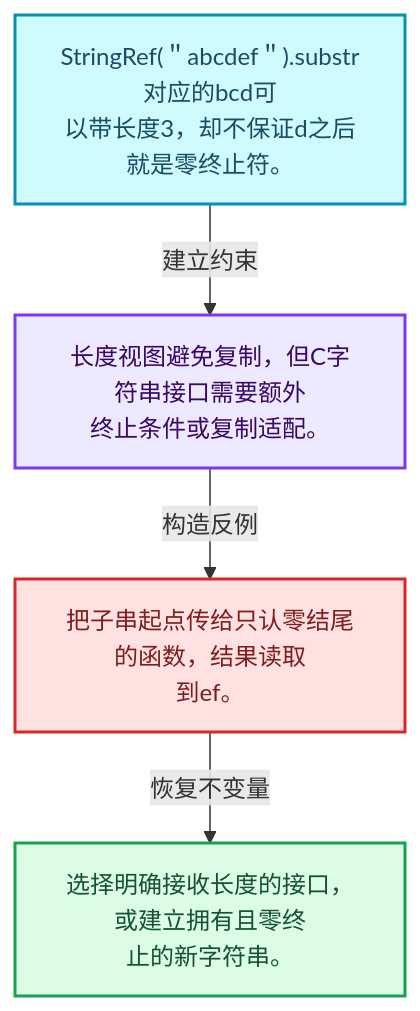
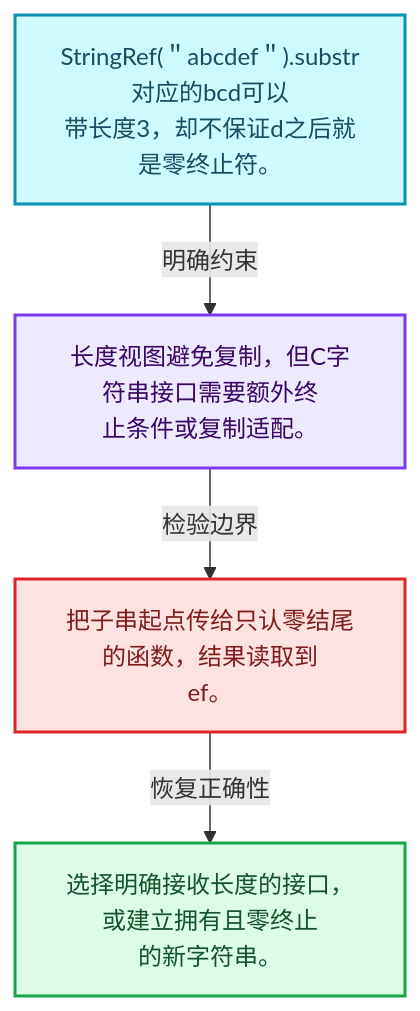
The first of 4 diagrams in 杂/markdown/全面学习-codex/01-基础容器与现代CPP/15-StringRef字符串视图.md (yunkezengren/blender-.vscode), drawn with Mermaid before and after one commit. The commit also changed other lines of this file and 1930 other files, not shown here.

````diff
--- a/杂/markdown/全面学习-codex/01-基础容器与现代CPP/15-StringRef字符串视图.md
+++ b/杂/markdown/全面学习-codex/01-基础容器与现代CPP/15-StringRef字符串视图.md
@@ -29,16 +29,16 @@
 ```mermaid
 flowchart TB
-  M["StringRef(＂abcdef＂).substr对应的bcd可<br/>以带长度3，却不保证d之后就是零终止符。"]:::data
-  T["长度视图避免复制，但C字符串接口需要额外<br/>终止条件或复制适配。"]:::abstraction
-  X["把子串起点传给只认零结尾的函数，结果读取<br/>到ef。"]:::error
-  A["选择明确接收长度的接口，或建立拥有且零终<br/>止的新字符串。"]:::result
-  M -->|"建立约束"| T
-  T -->|"构造反例"| X
-  X -->|"恢复不变量"| A
+  M["StringRef(＂abcdef＂).substr对应的bcd可以<br/>带长度3，却不保证d之后就是零终止符。"]:::data
+  C["长度视图避免复制，但C字符串接口需要额外终<br/>止条件或复制适配。"]:::abstraction
+  B["把子串起点传给只认零结尾的函数，结果读取到<br/>ef。"]:::error
+  R["选择明确接收长度的接口，或建立拥有且零终止<br/>的新字符串。"]:::result
+  M -->|"明确约束"| C
+  C -->|"检验边界"| B
+  B -->|"恢复正确性"| R
   classDef input fill:#DBEAFE,stroke:#2563EB,color:#172554,stroke-width:2px;
   classDef data fill:#CFFAFE,stroke:#0891B2,color:#164E63,stroke-width:2px;
   classDef abstraction fill:#EDE9FE,stroke:#7C3AED,color:#3B0764,stroke-width:2px;
   classDef compute fill:#FEF3C7,stroke:#D97706,color:#78350F,stroke-width:2px;
   classDef result fill:#DCFCE7,stroke:#16A34A,color:#14532D,stroke-width:2px;
   classDef error fill:#FEE2E2,stroke:#DC2626,color:#7F1D1D,stroke-width:2px;
 ```
````
